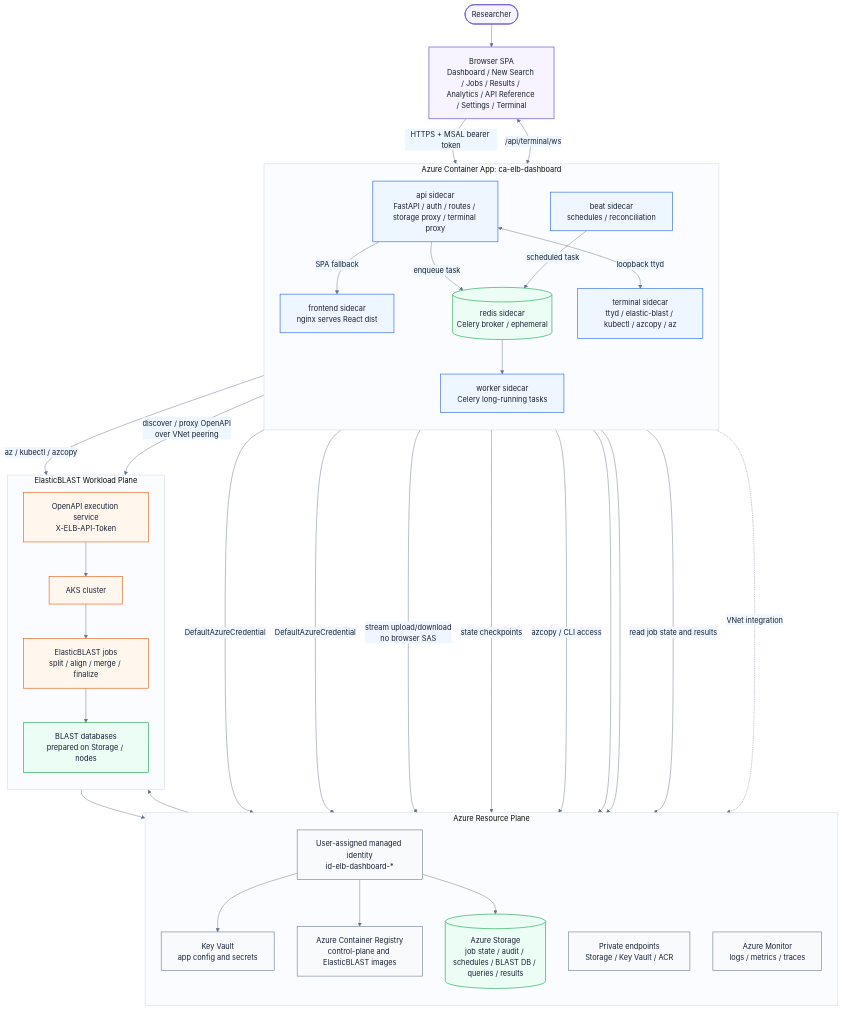
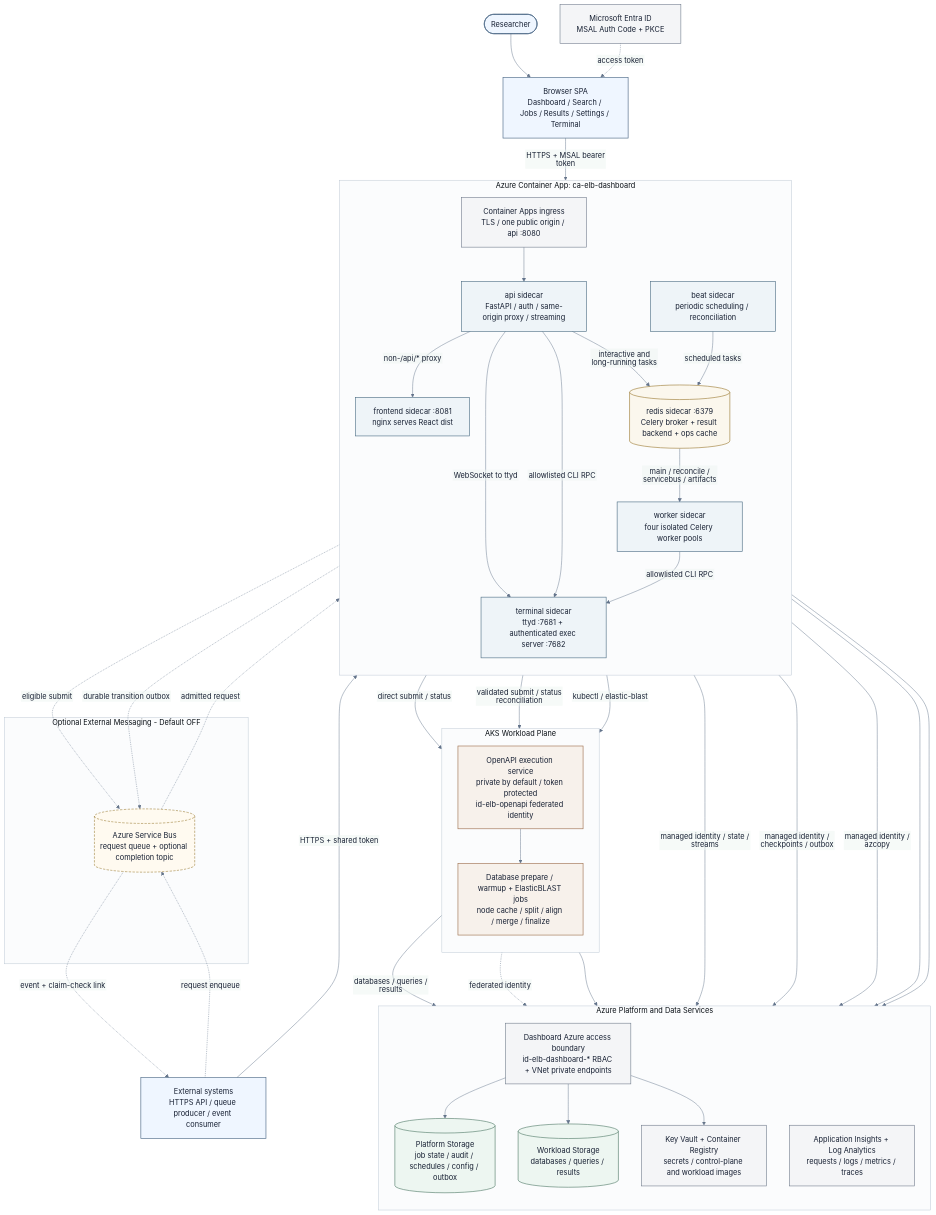
Before and after one commit to dotnetpower/elb-dashboard: the diagram in docs/architecture/high-level.md, drawn with Mermaid. The commit also changed other lines of this file and 66 other files, not shown here.

````diff
--- a/docs/architecture/high-level.md
+++ b/docs/architecture/high-level.md
@@ -29,74 +31,90 @@
 ```mermaid
-%%{init: {"theme": "base", "themeVariables": {"background": "#ffffff", "primaryColor": "#f5f7fb", "primaryBorderColor": "#6d5bd0", "primaryTextColor": "#172033", "lineColor": "#64748b", "secondaryColor": "#eef6ff", "tertiaryColor": "#f7f3ff", "clusterBkg": "#fbfcff", "clusterBorder": "#cbd5e1", "fontFamily": "Inter, ui-sans-serif, system-ui, sans-serif"}, "flowchart": {"curve": "basis", "padding": 18}}}%%
+%%{init: {"theme": "base", "themeVariables": {"background": "#ffffff", "primaryColor": "#eef4f8", "primaryBorderColor": "#4a6b82", "primaryTextColor": "#172033", "lineColor": "#64748b", "secondaryColor": "#edf6f1", "tertiaryColor": "#f7f1eb", "clusterBkg": "#fbfcfd", "clusterBorder": "#b9c5d1", "fontFamily": "Inter, ui-sans-serif, system-ui, sans-serif"}, "flowchart": {"curve": "basis", "padding": 18, "htmlLabels": false}}}%%
 flowchart TB
-  researcher([Researcher]) --> browser["Browser SPA<br/>Dashboard / New Search / Jobs / Results / Analytics / API Reference / Settings / Terminal"]
+  researcher([Researcher]) --> browser["Browser SPA<br/>Dashboard / Search / Jobs / Results / Settings / Terminal"]
+  entra["Microsoft Entra ID<br/>MSAL Auth Code + PKCE"] -. access token .-> browser
+  external["External systems<br/>HTTPS API / queue producer / event consumer"]
 
   subgraph app["Azure Container App: ca-elb-dashboard"]
     direction TB
-    frontend["frontend sidecar<br/>nginx serves React dist"]
-    api["api sidecar<br/>FastAPI / auth / routes / storage proxy / terminal proxy"]
-    worker["worker sidecar<br/>Celery long-running tasks"]
-    beat["beat sidecar<br/>schedules / reconciliation"]
-    redis[("redis sidecar<br/>Celery broker / ephemeral")]
-    terminal["terminal sidecar<br/>ttyd / elastic-blast / kubectl / azcopy / az"]
+    ingress["Container Apps ingress<br/>TLS / one public origin / api :8080"]
+    api["api sidecar<br/>FastAPI / auth / same-origin proxy / streaming"]
+    frontend["frontend sidecar :8081<br/>nginx serves React dist"]
+    worker["worker sidecar<br/>four isolated Celery worker pools"]
+    beat["beat sidecar<br/>periodic scheduling / reconciliation"]
+    redis[("redis sidecar :6379<br/>Celery broker + result backend + ops cache")]
+    terminal["terminal sidecar<br/>ttyd :7681 + authenticated exec server :7682"]
+
+    ingress --> api
+    api -->|non-/api/* proxy| frontend
+    api -->|interactive and long-running tasks| redis
+    beat -->|scheduled tasks| redis
+    redis -->|main / reconcile / servicebus / artifacts| worker
+    api -->|WebSocket to ttyd| terminal
+    api -->|allowlisted CLI RPC| terminal
+    worker -->|allowlisted CLI RPC| terminal
   end
 
-  subgraph azure["Azure Resource Plane"]
-    direction TB
-    mi["User-assigned managed identity<br/>id-elb-dashboard-*"]
-    kv["Key Vault<br/>app config and secrets"]
-    acr["Azure Container Registry<br/>control-plane and ElasticBLAST images"]
-    storage[("Azure Storage<br/>job state / audit / schedules / BLAST DB / queries / results")]
-    pe["Private endpoints<br/>Storage / Key Vault / ACR"]
-    monitor["Azure Monitor<br/>logs / metrics / traces"]
+  subgraph messaging["Optional External Messaging - Default OFF"]
+    serviceBus[("Azure Service Bus<br/>request queue + optional completion topic")]
   end
 
-  subgraph workload["ElasticBLAST Workload Plane"]
+  subgraph azure["Azure Platform and Data Services"]
     direction TB
-    aks["AKS cluster"]
-    openapi["OpenAPI execution service<br/>X-ELB-API-Token"]
-    blast["ElasticBLAST jobs<br/>split / align / merge / finalize"]
-    db["BLAST databases<br/>prepared on Storage / nodes"]
+    access["Dashboard Azure access boundary<br/>id-elb-dashboard-* RBAC + VNet private endpoints"]
+    platformStorage[("Platform Storage<br/>job state / audit / schedules / config / outbox")]
+    workloadStorage[("Workload Storage<br/>databases / queries / results")]
+    shared["Key Vault + Container Registry<br/>secrets / control-plane and workload images"]
+    monitor["Application Insights + Log Analytics<br/>requests / logs / metrics / traces"]
+
+    access --> platformStorage
+    access --> workloadStorage
+    access --> shared
   end
 
-  browser -->|HTTPS + MSAL bearer token| api
-  api -->|SPA fallback| frontend
-  api -->|enqueue task| redis
-  beat -->|scheduled task| redis
-  redis --> worker
-  browser <-->|/api/terminal/ws| api
-  api <-->|loopback ttyd| terminal
+  subgraph workload["AKS Workload Plane"]
+    direction TB
+    openapi["OpenAPI execution service<br/>private by default / token protected<br/>id-elb-openapi federated identity"]
+    jobs["Database prepare / warmup + ElasticBLAST jobs<br/>node cache / split / align / merge / finalize"]
 
-  api -->|DefaultAzureCredential| mi
-  worker -->|DefaultAzureCredential| mi
-  mi --> kv
-  mi --> acr
-  mi --> storage
-  mi --> aks
-  api -->|stream upload/download<br/>no browser SAS| storage
-  worker -->|state checkpoints| storage
-  terminal -->|az / kubectl / azcopy| aks
-  terminal -->|azcopy / CLI access| storage
+    openapi --> jobs
+  end
+
+  browser -->|HTTPS + MSAL bearer token| ingress
+  external -->|HTTPS + shared token| ingress
+
+  api -->|direct submit / status| openapi
+  api -. eligible submit .-> serviceBus
+  external -. request enqueue .-> serviceBus
+  serviceBus -. admitted request .-> worker
+  worker -->|validated submit / status reconciliation| openapi
+  worker -. durable transition outbox .-> serviceBus
+  serviceBus -. event + claim-check link .-> external
+
+  api -->|managed identity / state / streams| access
+  worker -->|managed identity / checkpoints / outbox| access
+  terminal -->|managed identity / azcopy| access
+  terminal -->|kubectl / elastic-blast| jobs
+  jobs -->|databases / queries / results| workloadStorage
+  openapi -. federated identity .-> workloadStorage
+
   api --> monitor
   worker --> monitor
-  app -. VNet integration .-> pe
+  jobs --> monitor
 
-  api -->|discover / proxy OpenAPI<br/>over VNet peering| openapi
-  openapi --> aks
-  aks --> blast
-  blast --> db
-  blast --> storage
-  api -->|read job state and results| storage
+  classDef actor fill:#eff6ff,stroke:#4f6b88,color:#172033,stroke-width:1.4px;
+  classDef app fill:#eef4f8,stroke:#4a6b82,color:#172033,stroke-width:1.3px;
+  classDef broker fill:#fbf7ed,stroke:#9a7a32,color:#172033,stroke-width:1.3px;
+  classDef state fill:#edf6f1,stroke:#4f7a67,color:#172033,stroke-width:1.3px;
+  classDef workload fill:#f7f1eb,stroke:#9a6b48,color:#172033,stroke-width:1.3px;
+  classDef security fill:#f4f5f7,stroke:#697586,color:#172033,stroke-width:1.2px;
+  classDef optional fill:#fffaf0,stroke:#9a7a32,color:#172033,stroke-width:1.2px,stroke-dasharray:5 3;
 
-  classDef actor fill:#f7f3ff,stroke:#6d5bd0,color:#172033,stroke-width:1.5px;
-  classDef app fill:#eef6ff,stroke:#2563eb,color:#172033,stroke-width:1.3px;
-  classDef state fill:#ecfdf5,stroke:#16a34a,color:#172033,stroke-width:1.3px;
-  classDef workload fill:#fff7ed,stroke:#ea580c,color:#172033,stroke-width:1.3px;
-  classDef security fill:#f8fafc,stroke:#64748b,color:#172033,stroke-width:1.2px;
-
-  class researcher,browser actor;
+  class researcher,browser,external actor;
   class frontend,api,worker,beat,terminal app;
-  class redis,storage,db state;
-  class aks,openapi,blast workload;
-  class mi,kv,acr,pe,monitor security;
+  class redis broker;
+  class serviceBus optional;
+  class platformStorage,workloadStorage state;
+  class openapi,jobs workload;
+  class ingress,entra,access,shared,monitor security;
 ```
````
